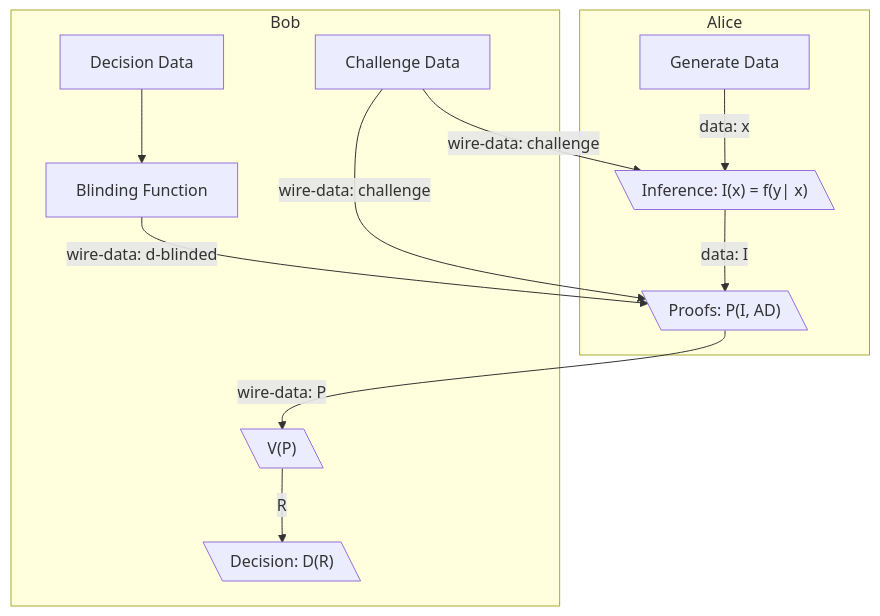
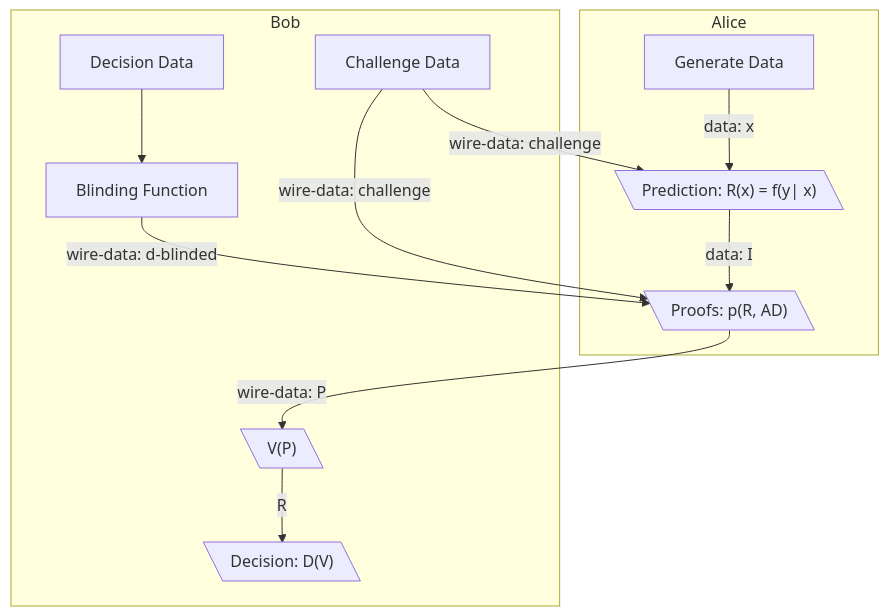
One commit to iamalwaysuncomfortable/zk-counterparty changed the second of 5 diagrams in zkips/ZKIP-001-Computing-Zero-Knowledge-Edge-Inferences.md. Above: the diagram before and after it, drawn with Mermaid. The commit also changed other lines of this file, not shown here.

````diff
--- a/zkips/ZKIP-001-Computing-Zero-Knowledge-Edge-Inferences.md
+++ b/zkips/ZKIP-001-Computing-Zero-Knowledge-Edge-Inferences.md
@@ -56,15 +53,15 @@
 ```mermaid
 flowchart TB
     subgraph Alice
-    A[Generate Data]-->|data: x|B[\"Inference: I(x) = f(y| x)"\]
-    B -->|data: I|C[\"Proofs: P(I, AD)"\]
+    A[Generate Data]-->|data: x|B[\"Prediction: R(x) = f(y| x)"\]
+    B -->|data: I|C[\"Proofs: p(R, AD)"\]
     end
     subgraph Bob
     C -->|wire-data: P| D[\"V(P)"\]
-    D -->|R|E[\"Decision: D(R)"\]
+    D -->|R|E[\"Decision: D(V)"\]
     F[Decision Data] --> H[Blinding Function]
     G[Challenge Data] --> |wire-data: challenge|B
     H --> |wire-data: d-blinded|C
     G --> |wire-data: challenge|C
     end
 ```
````
